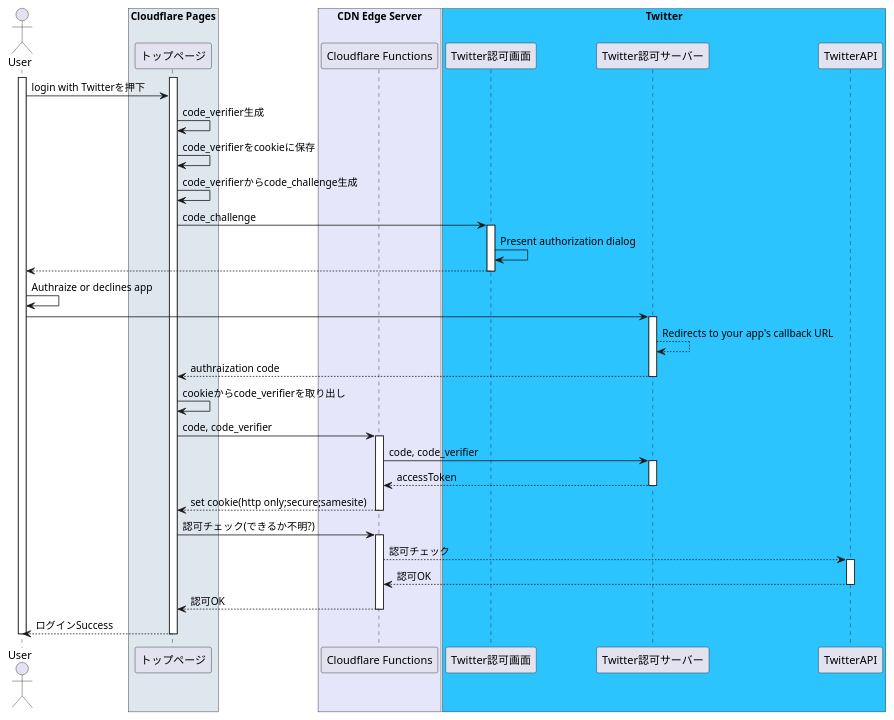
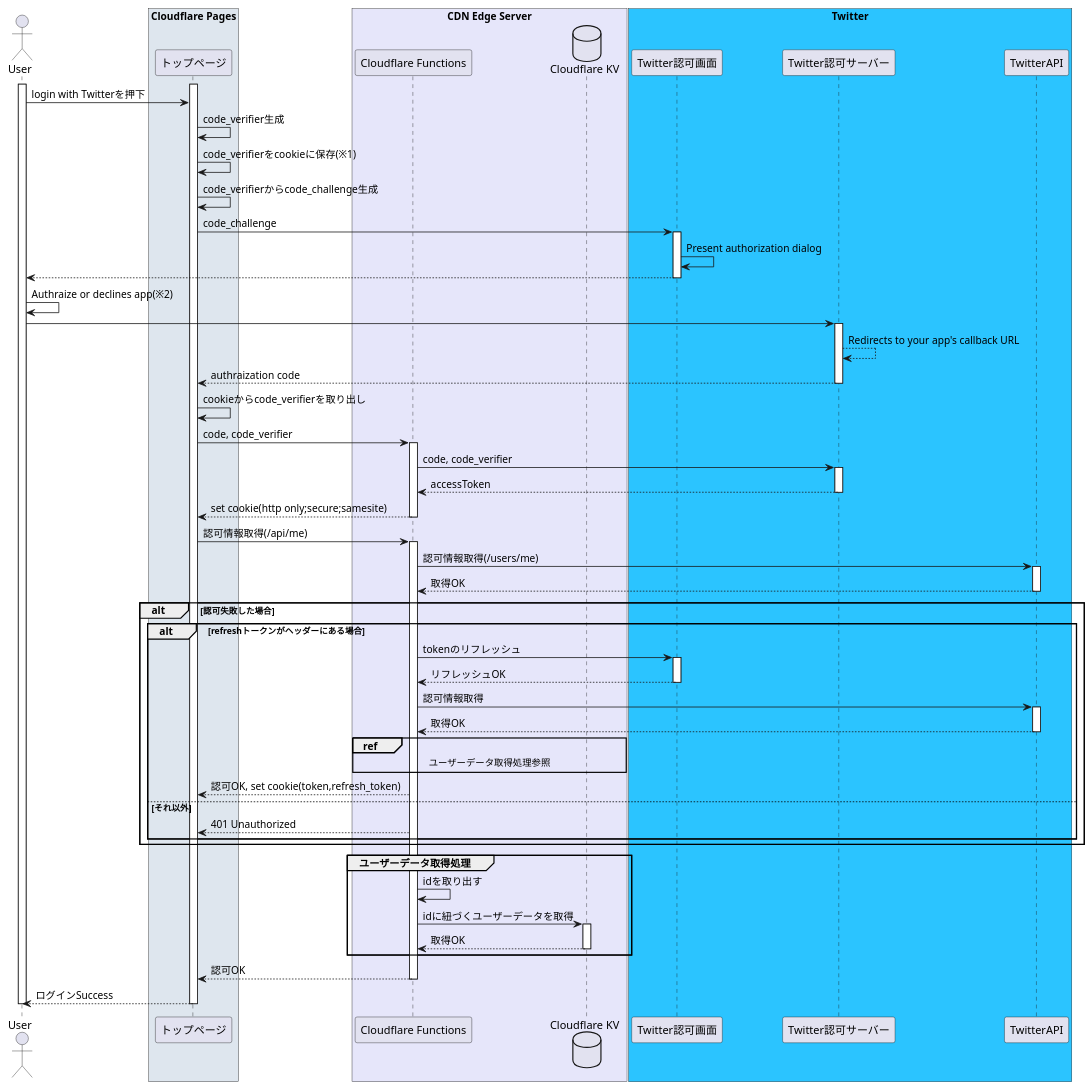
One commit to shuntaka-dev/article changed the diagram in articles/01fvpj77522jpcagxsget1ejqr.md. Above: the diagram before and after it, drawn with PlantUML. The commit also changed other lines of this file, not shown here.

Commit message:
更新

```diff
--- a/articles/01fvpj77522jpcagxsget1ejqr.md
+++ b/articles/01fvpj77522jpcagxsget1ejqr.md
@@ -20,51 +22,77 @@
 @startuml
 actor "User" as user
 box "Cloudflare Pages" #dee6ee
   participant "トップページ" as clPages
 end box
 box "CDN Edge Server" #e6e6fa
   participant "Cloudflare Functions" as clFunctions
+  database "Cloudflare KV" as clKv
 end box
 box "Twitter" #2bc4ff
   participant "Twitter認可画面" as twAuth
   participant "Twitter認可サーバー" as twServer
   participant "TwitterAPI" as twApi
 end box
 activate clPages
 activate user
 user->clPages: login with Twitterを押下
 clPages->clPages: code_verifier生成
-clPages->clPages: code_verifierをcookieに保存
+clPages->clPages: code_verifierをcookieに保存(※1)
 clPages->clPages: code_verifierからcode_challenge生成
 clPages->twAuth: code_challenge
 activate twAuth
 twAuth->twAuth: Present authorization dialog
 twAuth-->user
 deactivate twAuth
-user->user: Authraize or declines app
+user->user: Authraize or declines app(※2)
 user->twServer
 activate twServer
 twServer-->twServer: Redirects to your app's callback URL
 twServer-->clPages: authraization code
 deactivate twServer
 clPages->clPages: cookieからcode_verifierを取り出し
 clPages->clFunctions: code, code_verifier
 activate clFunctions
 clFunctions->twServer: code, code_verifier
 activate twServer
 twServer-->clFunctions: accessToken
 deactivate twServer
 clFunctions-->clPages: set cookie(http only;secure;samesite)
 deactivate clFunctions
-clPages->clFunctions: 認可チェック(できるか不明?)
+clPages->clFunctions: 認可情報取得(/api/me)
 activate clFunctions
-clFunctions-->twApi: 認可チェック
+clFunctions->twApi: 認可情報取得(/users/me)
 activate twApi
-twApi-->clFunctions: 認可OK
+twApi-->clFunctions: 取得OK
 deactivate twApi
+alt 認可失敗した場合
+  alt refreshトークンがヘッダーにある場合
+    clFunctions->twAuth: tokenのリフレッシュ
+    activate twAuth
+    twAuth-->clFunctions: リフレッシュOK
+    deactivate twAuth
+    clFunctions->twApi: 認可情報取得
+    activate twApi
+    twApi-->clFunctions: 取得OK
+    deactivate twApi
+    ref over clFunctions, clKv
+      ユーザーデータ取得処理参照
+    end
+    clFunctions-->clPages: 認可OK, set cookie(token,refresh_token)
+  else それ以外
+    clFunctions-->clPages: 401 Unauthorized
+  end
+end
+group ユーザーデータ取得処理
+  clFunctions->clFunctions: idを取り出す
+  clFunctions->clKv: idに紐づくユーザーデータを取得
+  activate clKv
+  clKv-->clFunctions: 取得OK
+  deactivate clKv
+end
 clFunctions-->clPages: 認可OK
 deactivate clFunctions
 clPages-->user: ログインSuccess
 deactivate clPages
 deactivate user
 @enduml
```
